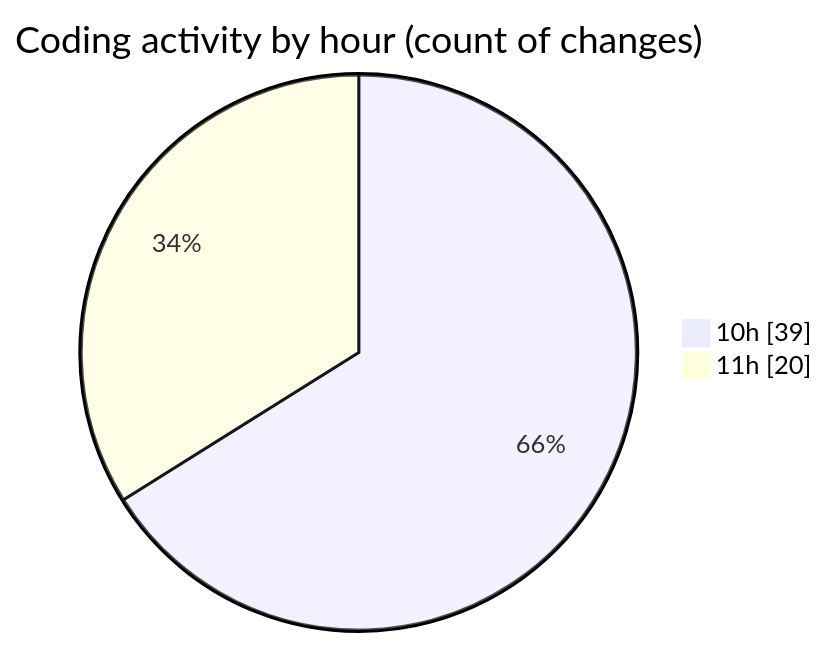
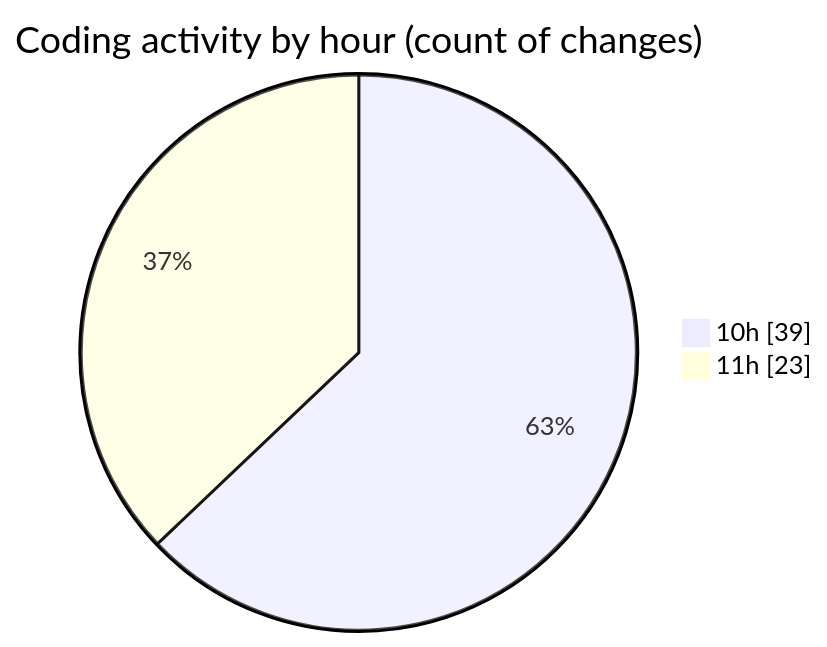
The second of 2 diagrams in 2025-04-15/portfolio/README.md (CELIANVF/code-tracking), drawn with Mermaid before and after one commit. The commit also changed other lines of this file and 1 other file, not shown here.

````diff
--- a/2025-04-15/portfolio/README.md
+++ b/2025-04-15/portfolio/README.md
@@ -30,6 +30,6 @@
 ```mermaid
 pie showData
 title Coding activity by hour (count of changes)
 "10h" : 39
-"11h" : 20
+"11h" : 23
 ```
````
